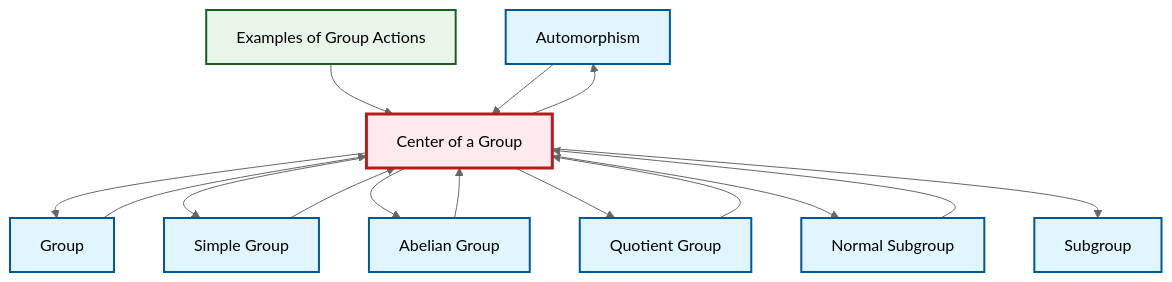
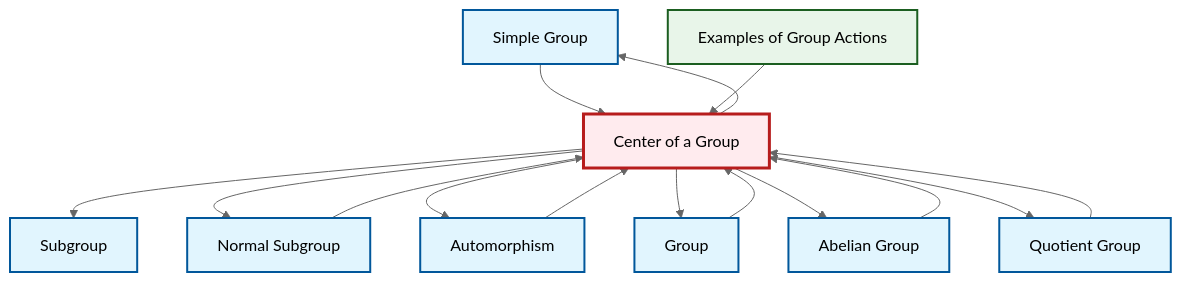
The diagram in output/mermaid/en/def-center-of-group.mermaid (RK0429/ModernMath), drawn with Mermaid (neutral theme) before and after one commit. The commit also changed other lines of this file and 3104 other files, not shown here.

```diff
--- a/output/mermaid/en/def-center-of-group.mermaid
+++ b/output/mermaid/en/def-center-of-group.mermaid
@@ -1,30 +1,30 @@
 graph TD
     classDef definition fill:#e1f5fe,stroke:#01579b,stroke-width:2px
     classDef theorem fill:#f3e5f5,stroke:#4a148c,stroke-width:2px
     classDef axiom fill:#fff3e0,stroke:#e65100,stroke-width:2px
     classDef example fill:#e8f5e9,stroke:#1b5e20,stroke-width:2px
     classDef current fill:#ffebee,stroke:#b71c1c,stroke-width:3px
-    def-automorphism["Automorphism"]:::definition
-    def-center-of-group["Center of a Group"]:::definition
     def-subgroup["Subgroup"]:::definition
     def-simple-group["Simple Group"]:::definition
+    def-center-of-group["Center of a Group"]:::definition
+    ex-group-action-examples["Examples of Group Actions"]:::example
+    def-normal-subgroup["Normal Subgroup"]:::definition
+    def-group["Group"]:::definition
     def-quotient-group["Quotient Group"]:::definition
-    def-group["Group"]:::definition
-    def-normal-subgroup["Normal Subgroup"]:::definition
-    ex-group-action-examples["Examples of Group Actions"]:::example
+    def-automorphism["Automorphism"]:::definition
     def-abelian-group["Abelian Group"]:::definition
-    def-center-of-group --> def-group
     def-simple-group --> def-center-of-group
-    ex-group-action-examples --> def-center-of-group
-    def-group --> def-center-of-group
-    def-quotient-group --> def-center-of-group
-    def-normal-subgroup --> def-center-of-group
-    def-automorphism --> def-center-of-group
+    def-center-of-group --> def-subgroup
+    def-center-of-group --> def-normal-subgroup
+    def-center-of-group --> def-automorphism
     def-center-of-group --> def-simple-group
     def-abelian-group --> def-center-of-group
+    def-center-of-group --> def-group
+    def-group --> def-center-of-group
     def-center-of-group --> def-abelian-group
+    def-normal-subgroup --> def-center-of-group
+    def-quotient-group --> def-center-of-group
     def-center-of-group --> def-quotient-group
-    def-center-of-group --> def-automorphism
-    def-center-of-group --> def-normal-subgroup
-    def-center-of-group --> def-subgroup
+    ex-group-action-examples --> def-center-of-group
+    def-automorphism --> def-center-of-group
     class def-center-of-group current
```
